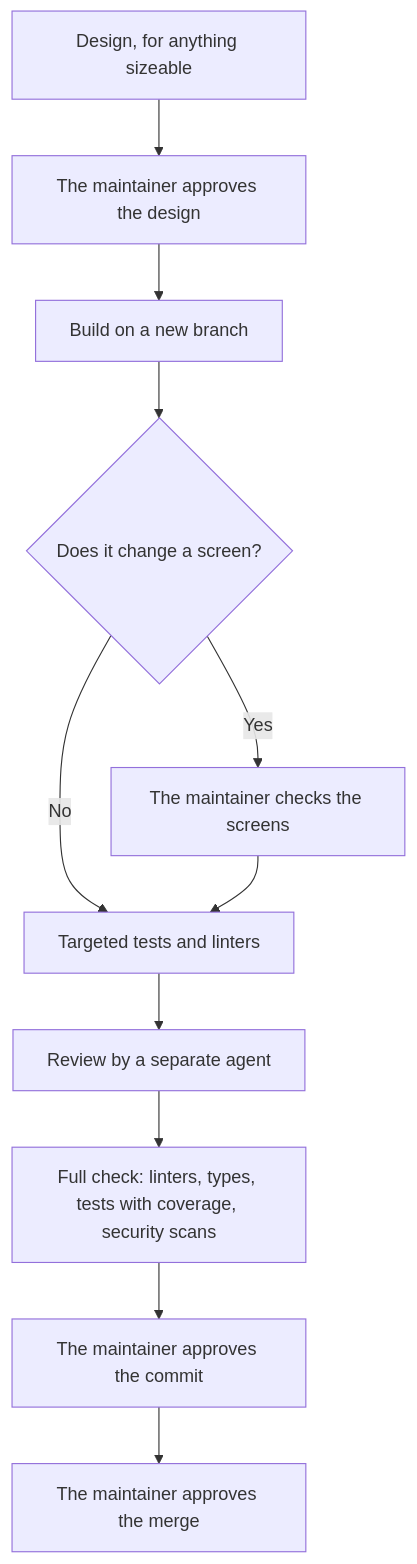
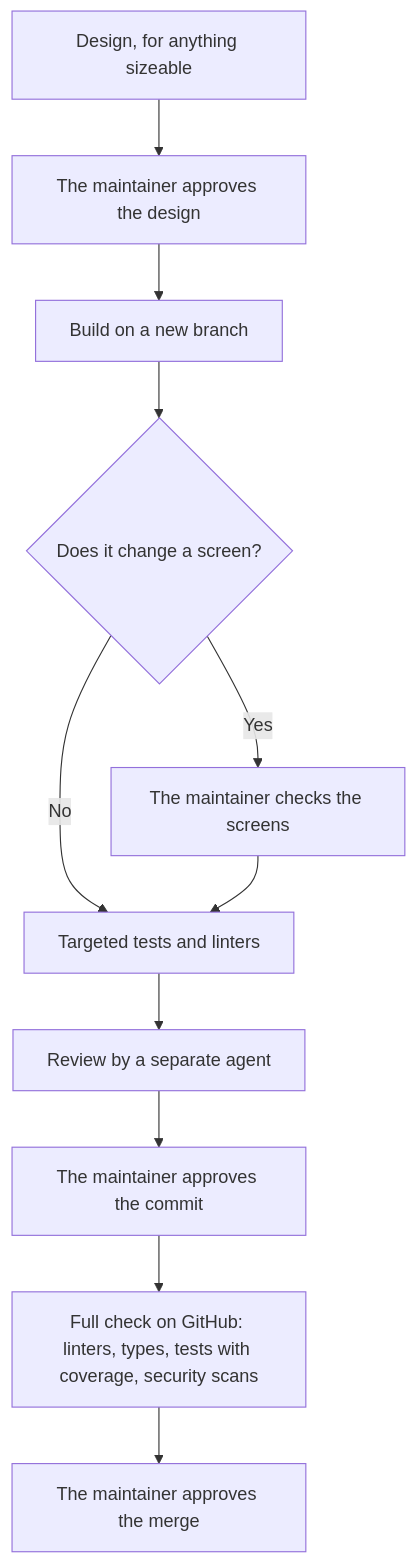
The diagram in docs/how-fathom-is-built.md (ribbitworks/fathom), drawn with Mermaid before and after one commit. The commit also changed other lines of this file and 15 other files, not shown here.

First line of the commit message:
chore: run the full check on GitHub and draft releases

````diff
--- a/docs/how-fathom-is-built.md
+++ b/docs/how-fathom-is-built.md
@@ -39,13 +39,13 @@
 ```mermaid
 flowchart TD
     Design["Design, for anything sizeable"] --> Approve["The maintainer approves the design"]
     Approve --> Build["Build on a new branch"]
     Build --> Screens{"Does it change a screen?"}
     Screens -- Yes --> Check["The maintainer checks the screens"]
     Screens -- No --> Tests
     Check --> Tests["Targeted tests and linters"]
     Tests --> Review["Review by a separate agent"]
-    Review --> Full["Full check: linters, types, tests with coverage, security scans"]
-    Full --> Commit["The maintainer approves the commit"]
-    Commit --> Merge["The maintainer approves the merge"]
+    Review --> Commit["The maintainer approves the commit"]
+    Commit --> Full["Full check on GitHub: linters, types, tests with coverage, security scans"]
+    Full --> Merge["The maintainer approves the merge"]
 ```
````
